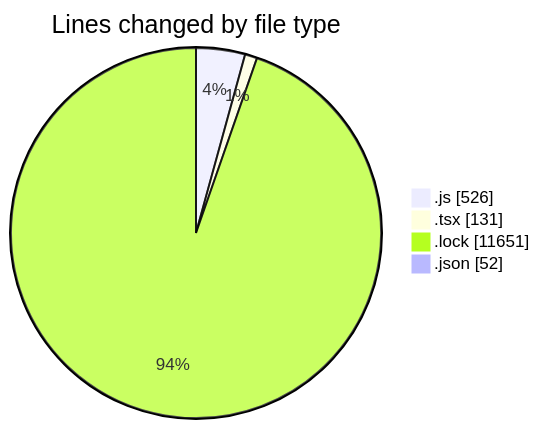
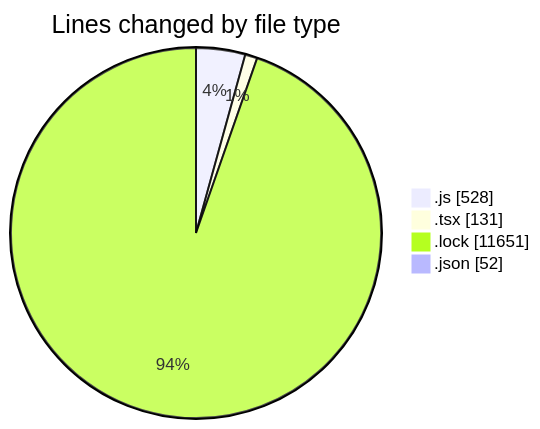
One commit to momahboobian/code-tracking changed the first of 2 diagrams in 2026-01-13/cda/README.md. Above: the diagram before and after it, drawn with Mermaid. The commit also changed other lines of this file and 1 other file, not shown here.

````diff
--- a/2026-01-13/cda/README.md
+++ b/2026-01-13/cda/README.md
@@ -24,8 +24,8 @@
 ```mermaid
 pie showData
 title Lines changed by file type
-".js" : 526
+".js" : 528
 ".tsx" : 131
 ".lock" : 11651
 ".json" : 52
 ```
````
